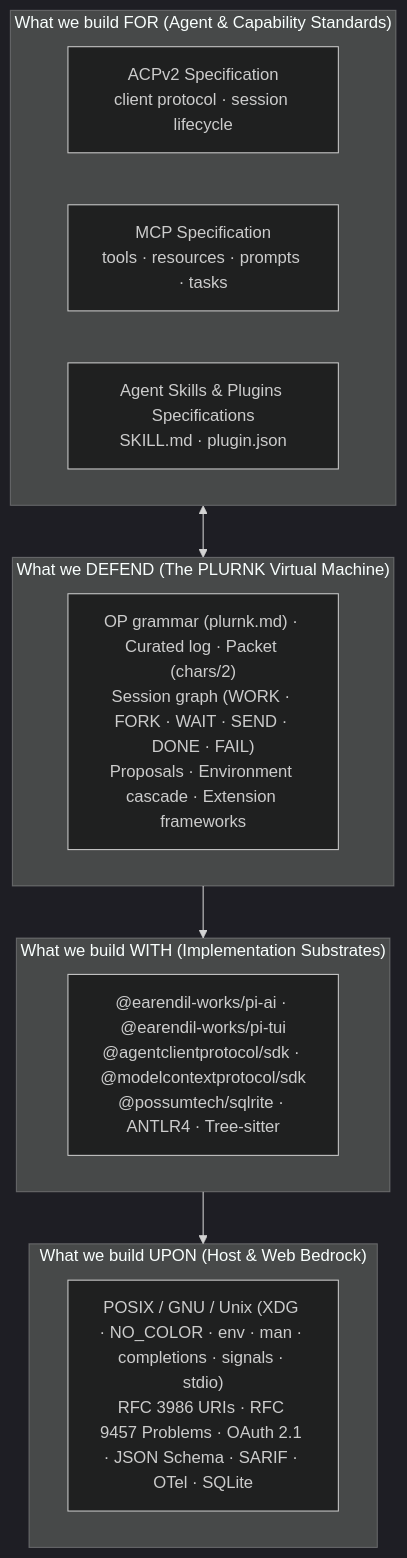
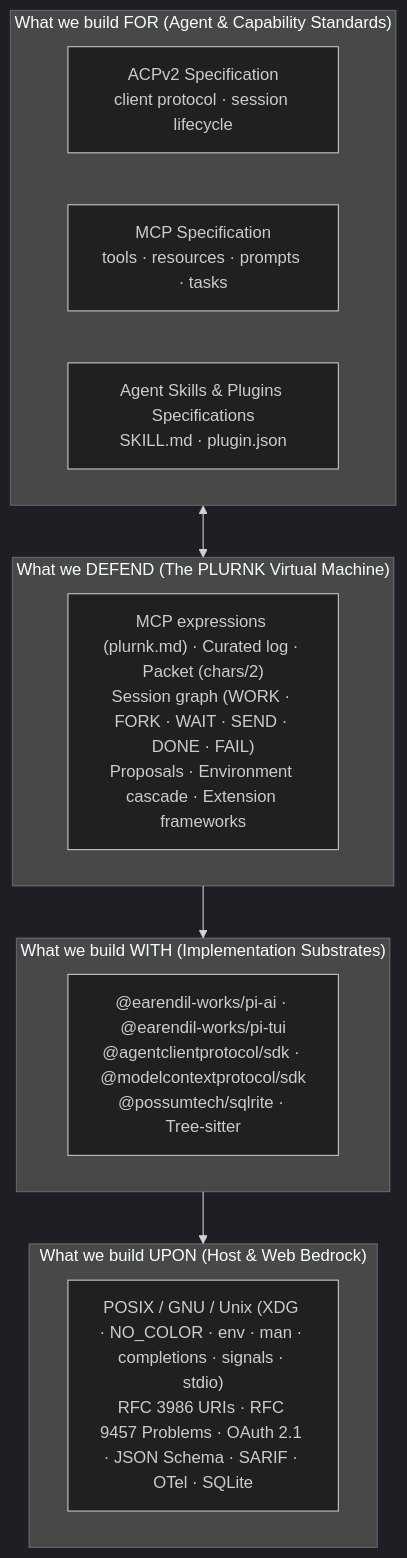
Before and after one commit to plurnk/plurnk-service: the first of 5 diagrams in ARCHITECTURE.md, drawn with Mermaid (dark theme). The commit also changed other lines of this file and 105 other files, not shown here.

Commit message:
refactor(contracts): unify syntax and diagnostics on MCP expressions (#1475)

````diff
--- a/ARCHITECTURE.md
+++ b/ARCHITECTURE.md
@@ -12,24 +12,24 @@
 ```mermaid
 flowchart TB
     subgraph FOR["What we build FOR (Agent & Capability Standards)"]
         ACP["ACPv2 Specification<br/>client protocol · session lifecycle"]
         MCP["MCP Specification<br/>tools · resources · prompts · tasks"]
         SKILLS["Agent Skills & Plugins Specifications<br/>SKILL.md · plugin.json"]
     end
 
     subgraph DEFEND["What we DEFEND (The PLURNK Virtual Machine)"]
-        VM["OP grammar (plurnk.md) · Curated log · Packet (chars/2)<br/>Session graph (WORK · FORK · WAIT · SEND · DONE · FAIL)<br/>Proposals · Environment cascade · Extension frameworks"]
+        VM["MCP expressions (plurnk.md) · Curated log · Packet (chars/2)<br/>Session graph (WORK · FORK · WAIT · SEND · DONE · FAIL)<br/>Proposals · Environment cascade · Extension frameworks"]
     end
 
     subgraph WITH["What we build WITH (Implementation Substrates)"]
-        SUB["@earendil-works/pi-ai · @earendil-works/pi-tui<br/>@agentclientprotocol/sdk · @modelcontextprotocol/sdk<br/>@possumtech/sqlrite · ANTLR4 · Tree-sitter"]
+        SUB["@earendil-works/pi-ai · @earendil-works/pi-tui<br/>@agentclientprotocol/sdk · @modelcontextprotocol/sdk<br/>@possumtech/sqlrite · Tree-sitter"]
     end
 
     subgraph UPON["What we build UPON (Host & Web Bedrock)"]
         BED["POSIX / GNU / Unix (XDG · NO_COLOR · env · man · completions · signals · stdio)<br/>RFC 3986 URIs · RFC 9457 Problems · OAuth 2.1 · JSON Schema · SARIF · OTel · SQLite"]
     end
 
     FOR <--> DEFEND
     DEFEND --> WITH
     WITH --> UPON
 ```
````
